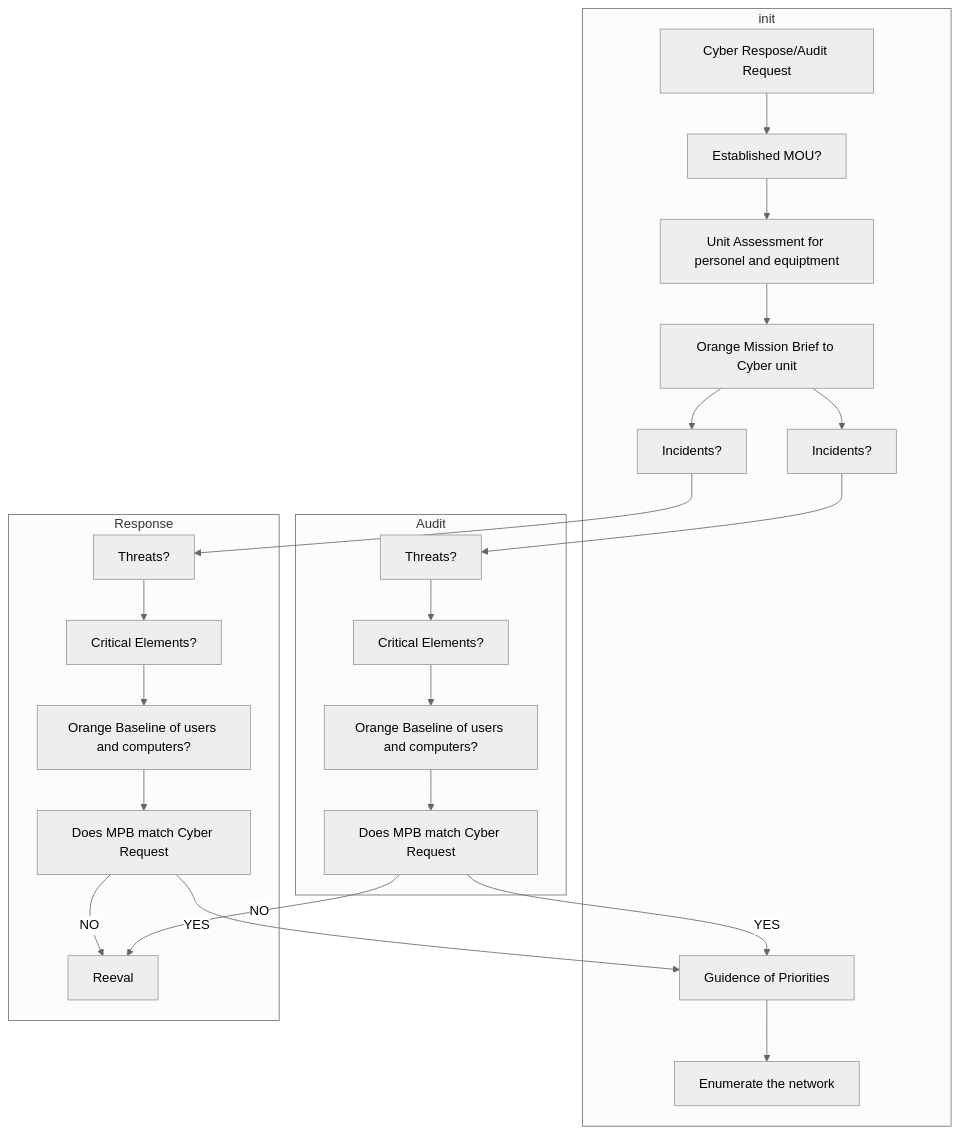
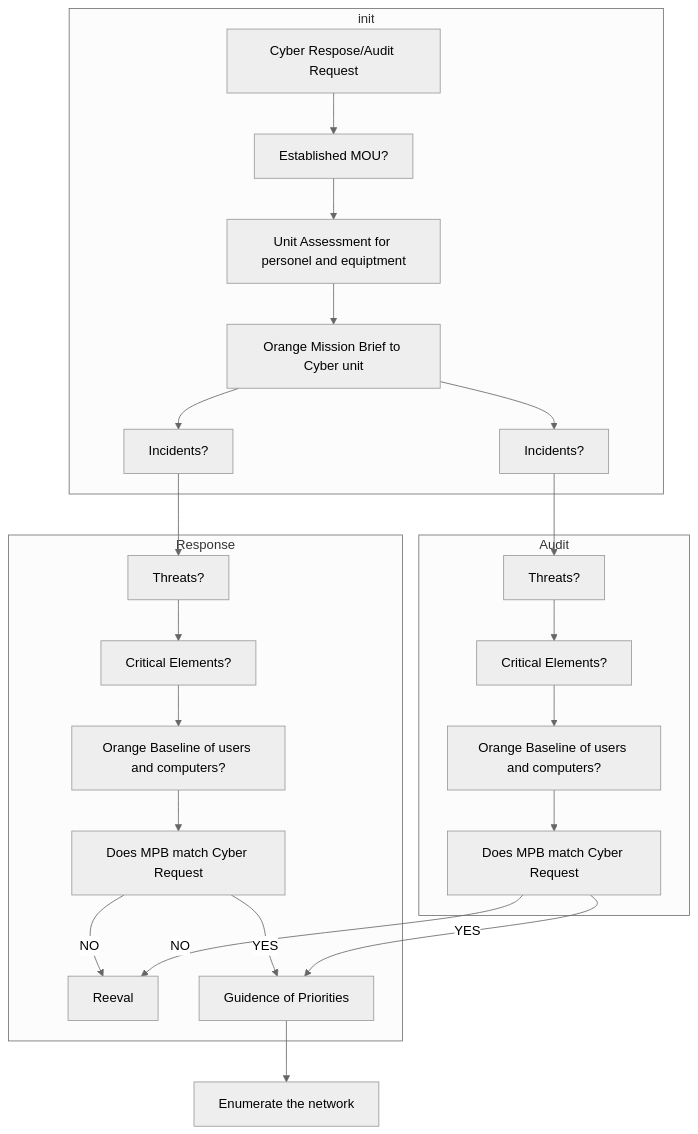
One commit to huntmckay/cyberflow changed the diagram in flow.md. Above: the diagram before and after it, drawn with Mermaid (neutral theme).

Commit message:
updates command flow

````diff
--- a/flow.md
+++ b/flow.md
@@ -1,39 +1,40 @@
 ```mermaid
 ---
 Title: Command planning phase
 ---
 flowchart TD
     subgraph init
     A[Cyber Respose/Audit Request]
     B[Established MOU?]
     C[Unit Assessment for personel and equiptment]
     D[Orange Mission Brief to Cyber unit]
-    H[Guidence of Priorities]
     A --> B
     B --> C
     C --> D
     D --> k1
     D --> r1
-    H --> I[Enumerate the network]
     end
 
     subgraph Response
     r1[Incidents?] --> r2
     r2[Threats?] --> r3
     r3[Critical Elements?] --> r4
     r4[Orange Baseline of users and computers?] --> r5
     r5[Does MPB match Cyber Request]
     r5 --> |NO| Reeval
     r5 --> |YES| H
     end
 
     subgraph Audit
     k1[Incidents?] --> k2
     k2[Threats?] --> k3
     k3[Critical Elements?] --> k4
     k4[Orange Baseline of users and computers?] --> k5
     k5[Does MPB match Cyber Request]
     k5 --> |NO| Reeval
     k5 --> |YES| H
     end
+
+    H[Guidence of Priorities]
+    H --> I[Enumerate the network]
 ```
````
